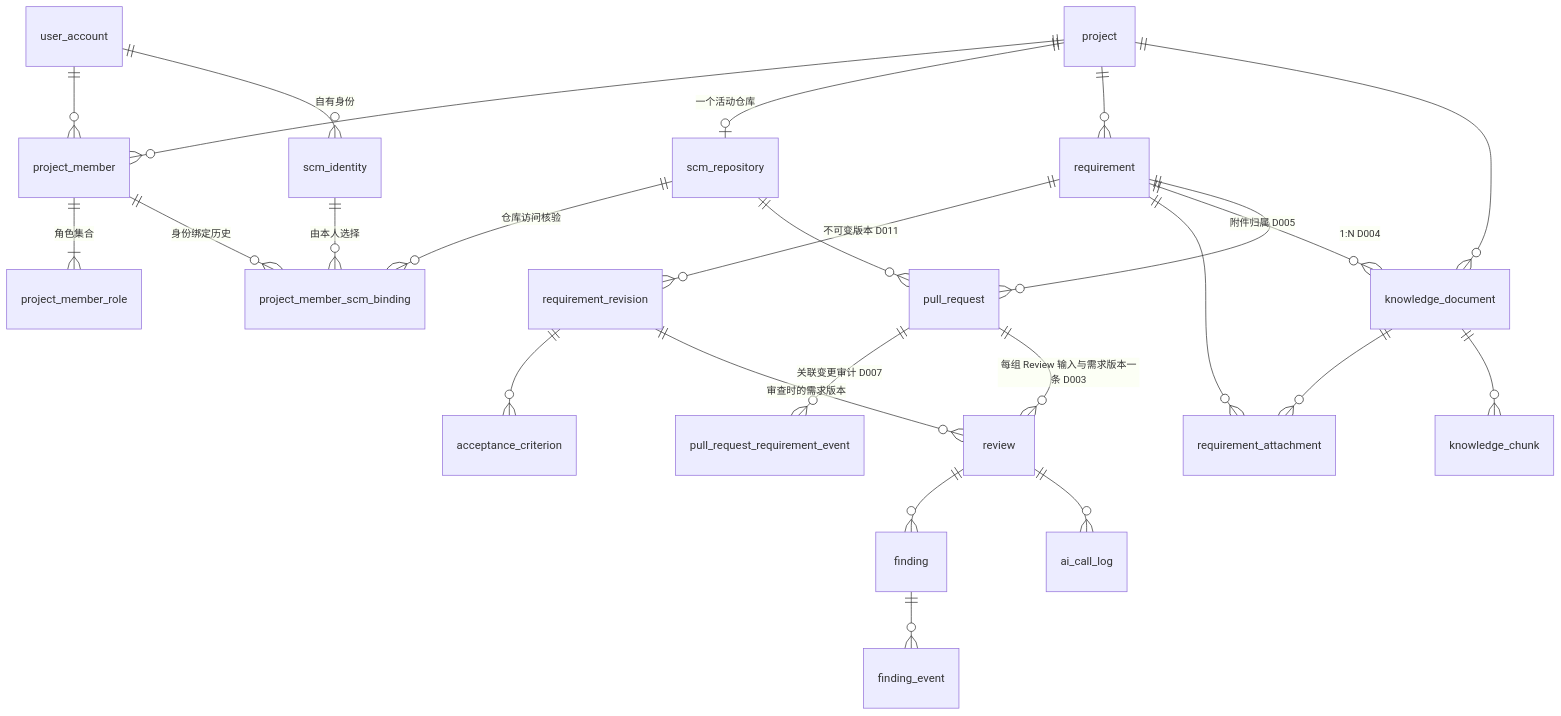
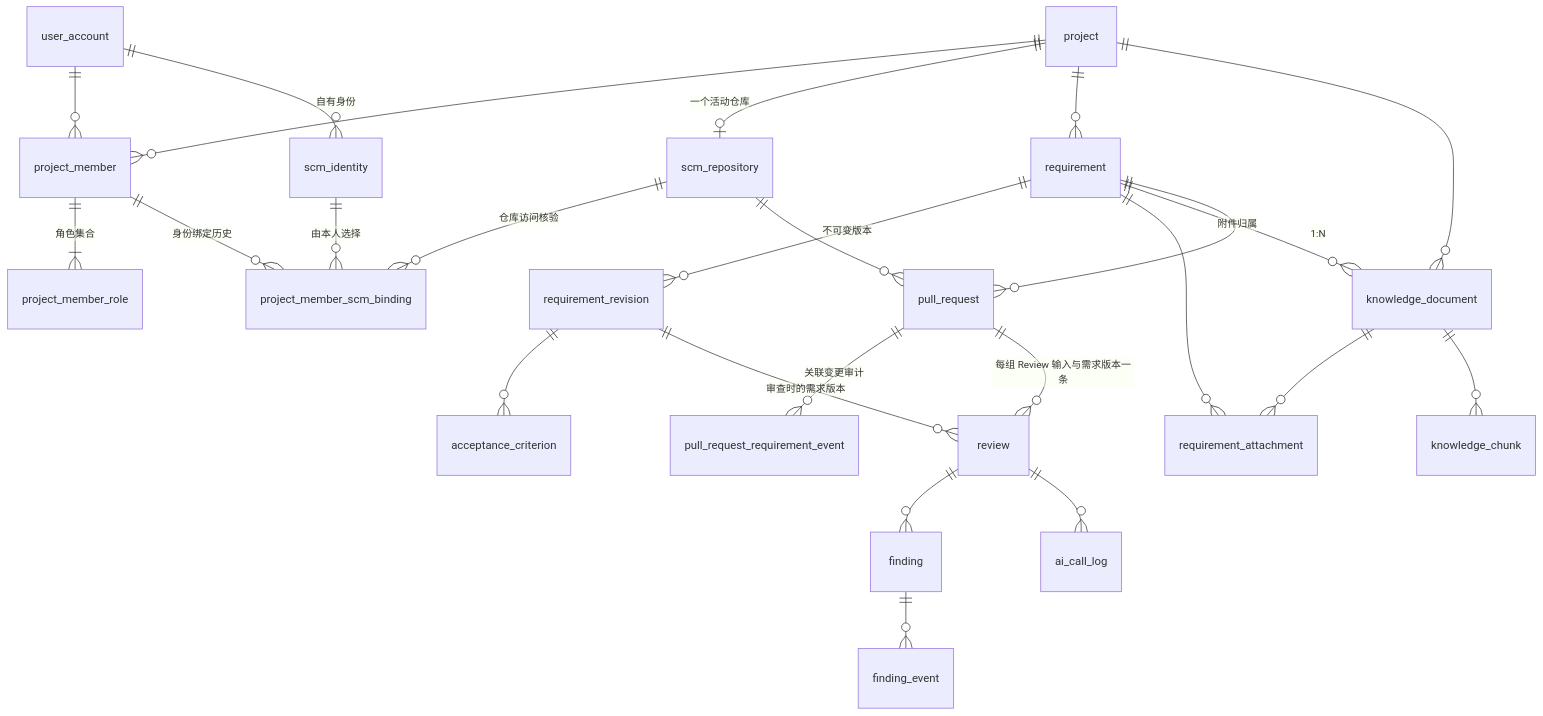
Before and after one commit to LinYsssss/ForgePilot: the first of 3 diagrams in docs/v2/ARCHITECTURE.md, drawn with Mermaid. The commit also changed other lines of this file and 23 other files, not shown here.

````diff
--- a/docs/v2/ARCHITECTURE.md
+++ b/docs/v2/ARCHITECTURE.md
@@ -119,27 +118,27 @@
 ```mermaid
 erDiagram
     user_account ||--o{ project_member : ""
     user_account ||--o{ scm_identity : "自有身份"
     project ||--o{ project_member : ""
     project_member ||--|{ project_member_role : "角色集合"
     project_member ||--o{ project_member_scm_binding : "身份绑定历史"
     scm_identity ||--o{ project_member_scm_binding : "由本人选择"
     project ||--o| scm_repository : "一个活动仓库"
     scm_repository ||--o{ project_member_scm_binding : "仓库访问核验"
     project ||--o{ requirement : ""
     project ||--o{ knowledge_document : ""
-    requirement ||--o{ requirement_revision : "不可变版本 D011"
+    requirement ||--o{ requirement_revision : "不可变版本"
     requirement_revision ||--o{ acceptance_criterion : ""
     requirement ||--o{ requirement_attachment : ""
     knowledge_document ||--o{ requirement_attachment : ""
     knowledge_document ||--o{ knowledge_chunk : ""
-    requirement ||--o{ knowledge_document : "附件归属 D005"
-    requirement ||--o{ pull_request : "1:N D004"
+    requirement ||--o{ knowledge_document : "附件归属"
+    requirement ||--o{ pull_request : "1:N"
     scm_repository ||--o{ pull_request : ""
-    pull_request ||--o{ pull_request_requirement_event : "关联变更审计 D007"
-    pull_request ||--o{ review : "每组 Review 输入与需求版本一条 D003"
+    pull_request ||--o{ pull_request_requirement_event : "关联变更审计"
+    pull_request ||--o{ review : "每组 Review 输入与需求版本一条"
     requirement_revision ||--o{ review : "审查时的需求版本"
     review ||--o{ finding : ""
     finding ||--o{ finding_event : ""
     review ||--o{ ai_call_log : ""
 ```
````
